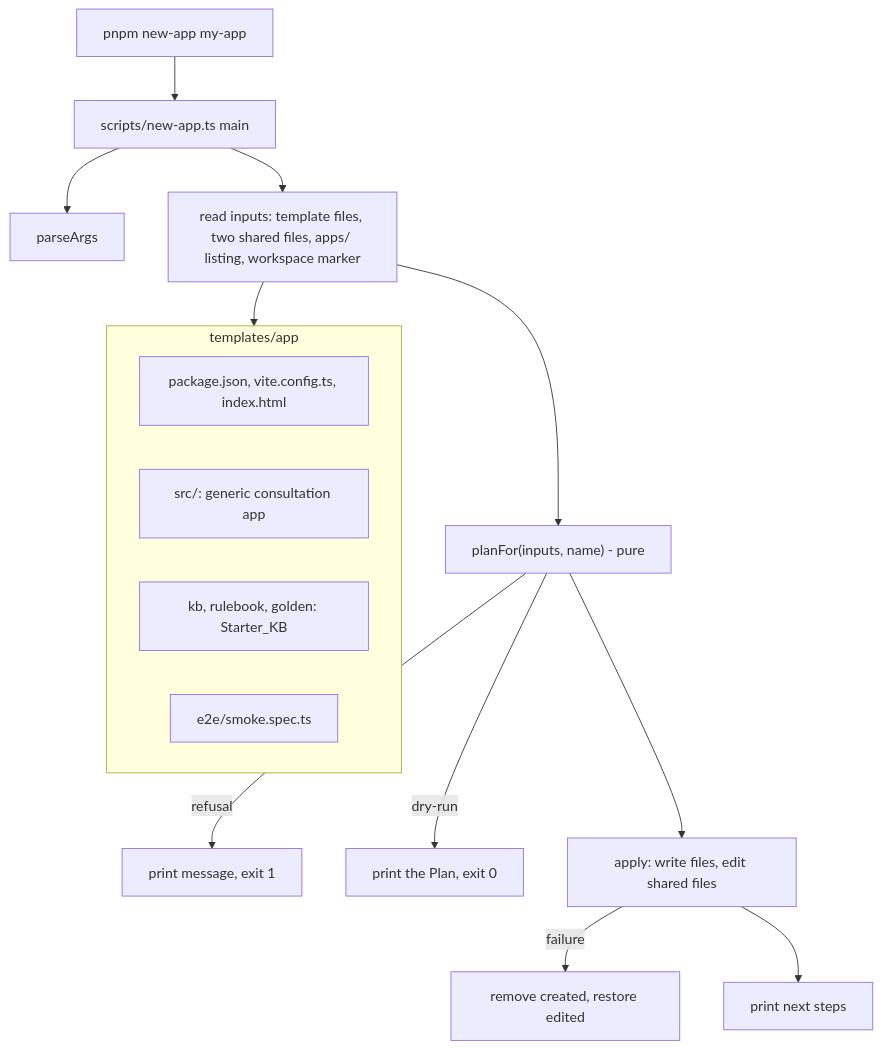
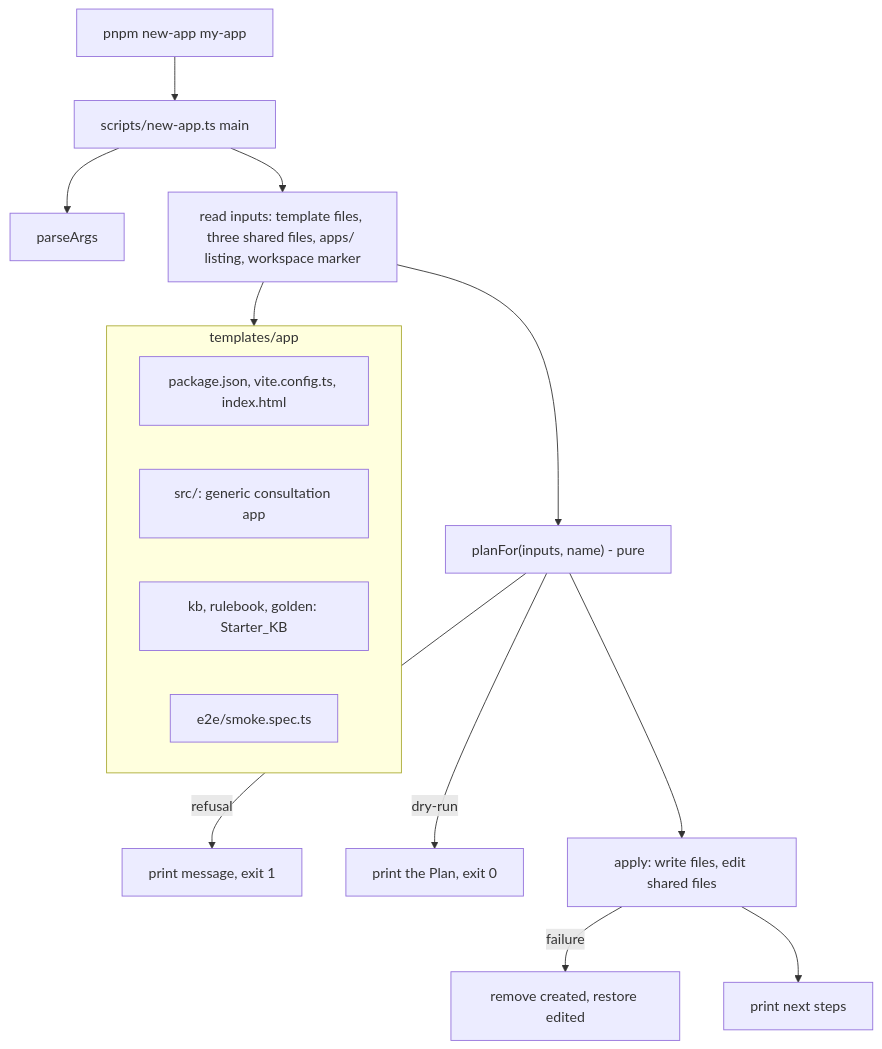
One commit to chitrakumarsai/dead-certain changed the diagram in .kiro/specs/app-template/design.md. Above: the diagram before and after it, drawn with Mermaid. The commit also changed other lines of this file and 5 other files, not shown here.

````diff
--- a/.kiro/specs/app-template/design.md
+++ b/.kiro/specs/app-template/design.md
@@ -34,19 +34,19 @@
 ```mermaid
 graph TD
     CMD["pnpm new-app my-app"] --> MAIN[scripts/new-app.ts main]
     MAIN --> ARGS[parseArgs]
-    MAIN --> READ[read inputs: template files, two shared files, apps/ listing, workspace marker]
+    MAIN --> READ[read inputs: template files, three shared files, apps/ listing, workspace marker]
     READ --> PLAN["planFor(inputs, name) - pure"]
     PLAN -->|refusal| STOP[print message, exit 1]
     PLAN -->|dry-run| PRINT[print the Plan, exit 0]
     PLAN --> APPLY[apply: write files, edit shared files]
     APPLY -->|failure| UNDO[remove created, restore edited]
     APPLY --> NEXT[print next steps]
     subgraph Template["templates/app"]
         T1[package.json, vite.config.ts, index.html]
         T2[src/: generic consultation app]
         T3[kb, rulebook, golden: Starter_KB]
         T4[e2e/smoke.spec.ts]
     end
     READ --> Template
 ```
````
